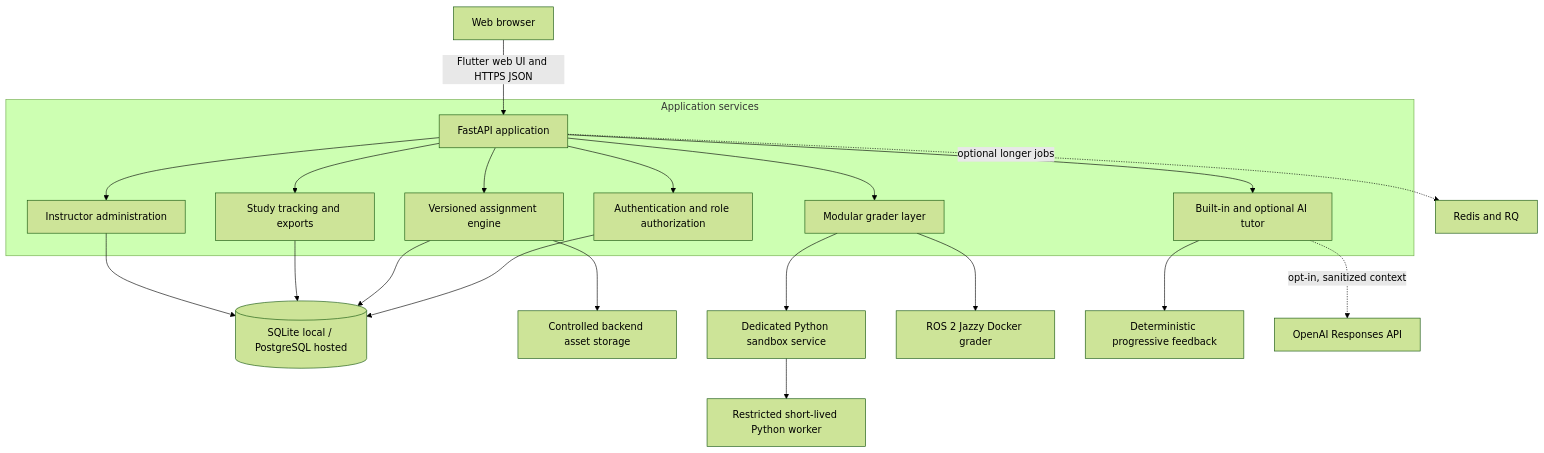
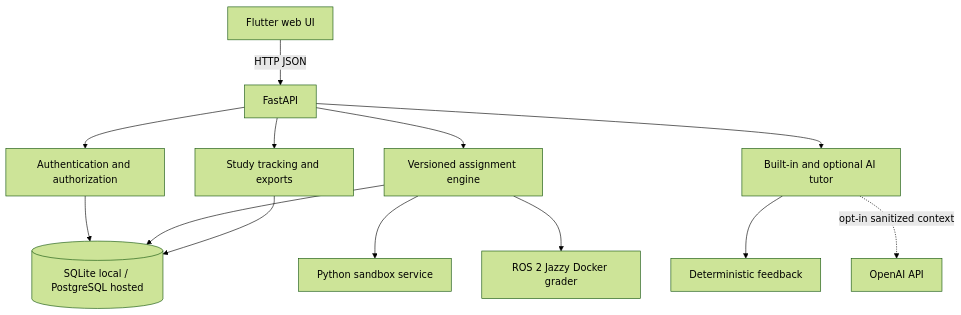
One commit to CS-Ponkoj/Robotics-Programming-Lab-Live changed the second of 2 diagrams in README.md. Above: the diagram before and after it, drawn with Mermaid (forest theme). The commit also changed other lines of this file and 39 other files, not shown here.

Commit message:
v5: upgrade local runtime to Python 3.14

````diff
--- a/README.md
+++ b/README.md
@@ -71,28 +159,15 @@
 ```mermaid
 flowchart TB
-    Browser[Web browser] -->|Flutter web UI and HTTPS JSON| API[FastAPI application]
-
-    subgraph Backend[Application services]
-        API --> Auth[Authentication and role authorization]
-        API --> AssignmentEngine[Versioned assignment engine]
-        API --> Graders[Modular grader layer]
-        API --> TutorService[Built-in and optional AI tutor]
-        API --> ResearchService[Study tracking and exports]
-        API --> AdminService[Instructor administration]
-    end
-
-    Auth --> Database[(SQLite local / PostgreSQL hosted)]
-    AssignmentEngine --> Database
-    ResearchService --> Database
-    AdminService --> Database
-    AssignmentEngine --> Assets[Controlled backend asset storage]
-
-    Graders --> PythonSandbox[Dedicated Python sandbox service]
-    PythonSandbox --> PythonWorker[Restricted short-lived Python worker]
-    Graders --> ROSGrader[ROS 2 Jazzy Docker grader]
-
-    TutorService --> Fallback[Deterministic progressive feedback]
-    TutorService -. opt-in, sanitized context .-> OpenAI[OpenAI Responses API]
-
-    API -. optional longer jobs .-> Queue[Redis and RQ]
+    Browser[Flutter web UI] -->|HTTP JSON| API[FastAPI]
+    API --> Auth[Authentication and authorization]
+    API --> Engine[Versioned assignment engine]
+    API --> Tutor[Built-in and optional AI tutor]
+    API --> Research[Study tracking and exports]
+    Auth --> DB[(SQLite local / PostgreSQL hosted)]
+    Engine --> DB
+    Research --> DB
+    Engine --> PythonSandbox[Python sandbox service]
+    Engine --> ROS[ROS 2 Jazzy Docker grader]
+    Tutor --> BuiltIn[Deterministic feedback]
+    Tutor -. opt-in sanitized context .-> OpenAI[OpenAI API]
 ```
````
